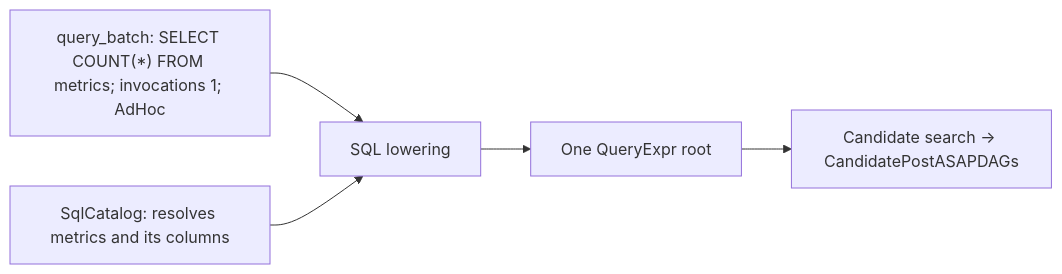
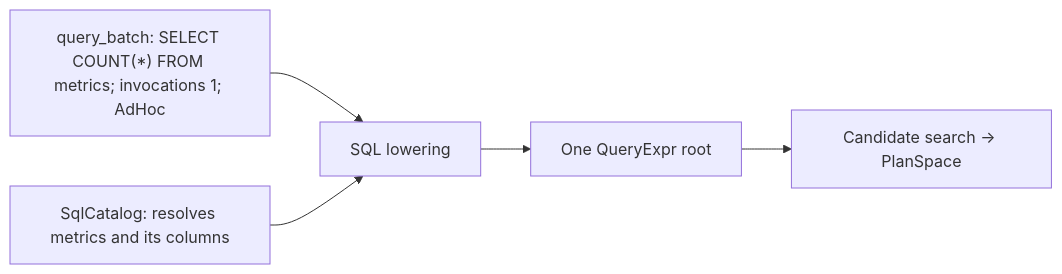
One commit to ProjectASAP/ASAPPlanner changed the second of 2 diagrams in docs/design_docs/architecture/input-output-workflow.md. Above: the diagram before and after it, drawn with Mermaid. The commit also changed other lines of this file and 1 other file, not shown here.

First line of the commit message:
docs: define how PlanSpace, PlanOutput, and PostAsapDag relate

````diff
--- a/docs/design_docs/architecture/input-output-workflow.md
+++ b/docs/design_docs/architecture/input-output-workflow.md
@@ -100,11 +103,11 @@
 ```mermaid
 flowchart LR
     Q["query_batch: SELECT COUNT(*) FROM metrics; invocations 1; AdHoc"]
     C["SqlCatalog: resolves metrics and its columns"]
     F["SQL lowering"]
     R["One QueryExpr root"]
-    P["Candidate search → CandidatePostASAPDAGs"]
+    P["Candidate search → PlanSpace"]
     Q --> F
     C --> F
     F --> R --> P
 ```
````
